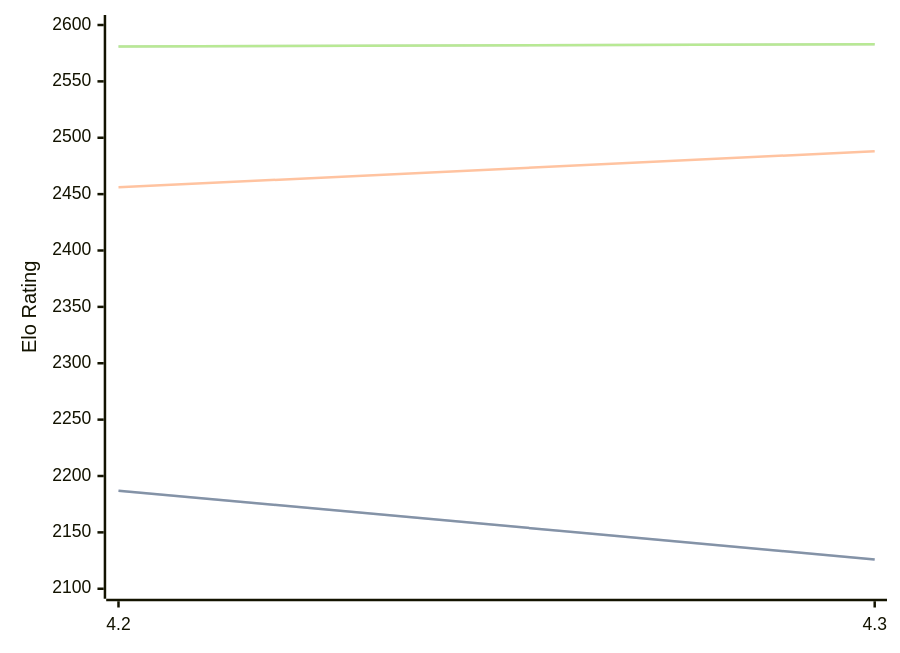
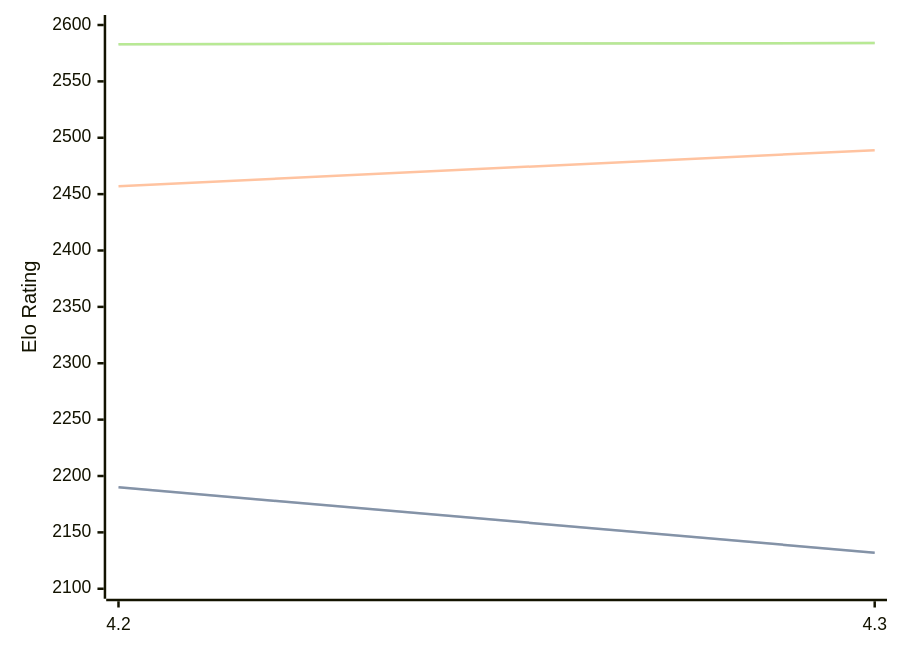
One commit to computer-chess-index/cci changed the diagram in engines/Eubos.md. Above: the diagram before and after it, drawn with Mermaid. The commit also changed other lines of this file, not shown here.

Commit message:
Update CCI Ratings (ELO VLTC) - 2026-03-29

````diff
--- a/engines/Eubos.md
+++ b/engines/Eubos.md
@@ -88,11 +88,11 @@
 ```mermaid
 %%{init: {"theme":"base","themeVariables":{"seriesColors:['#a3a3a3','#222221','#faa371']}}}%%
 xychart-beta
   x-axis ["4.2", "4.3"]
   y-axis "Elo Rating" 2100 --> 2600
-  line "STC (8.0+0.08s)" [2187, 2126]
-  line "STC (8.0+0.08s)" [2187, 2126]
-  line "LTC (60.0+0.60s)" [2456, 2488]
-  line "VLTC (2m24s+1.12s)" [2581, 2583]
-  line "VLTC (2m24s+1.12s)" [2581, 2583]
+  line "STC (8.0+0.08s)" [2190, 2132]
+  line "STC (8.0+0.08s)" [2190, 2132]
+  line "LTC (60.0+0.60s)" [2457, 2489]
+  line "VLTC (2m24s+1.12s)" [2583, 2584]
+  line "VLTC (2m24s+1.12s)" [2583, 2584]
 ```
````
